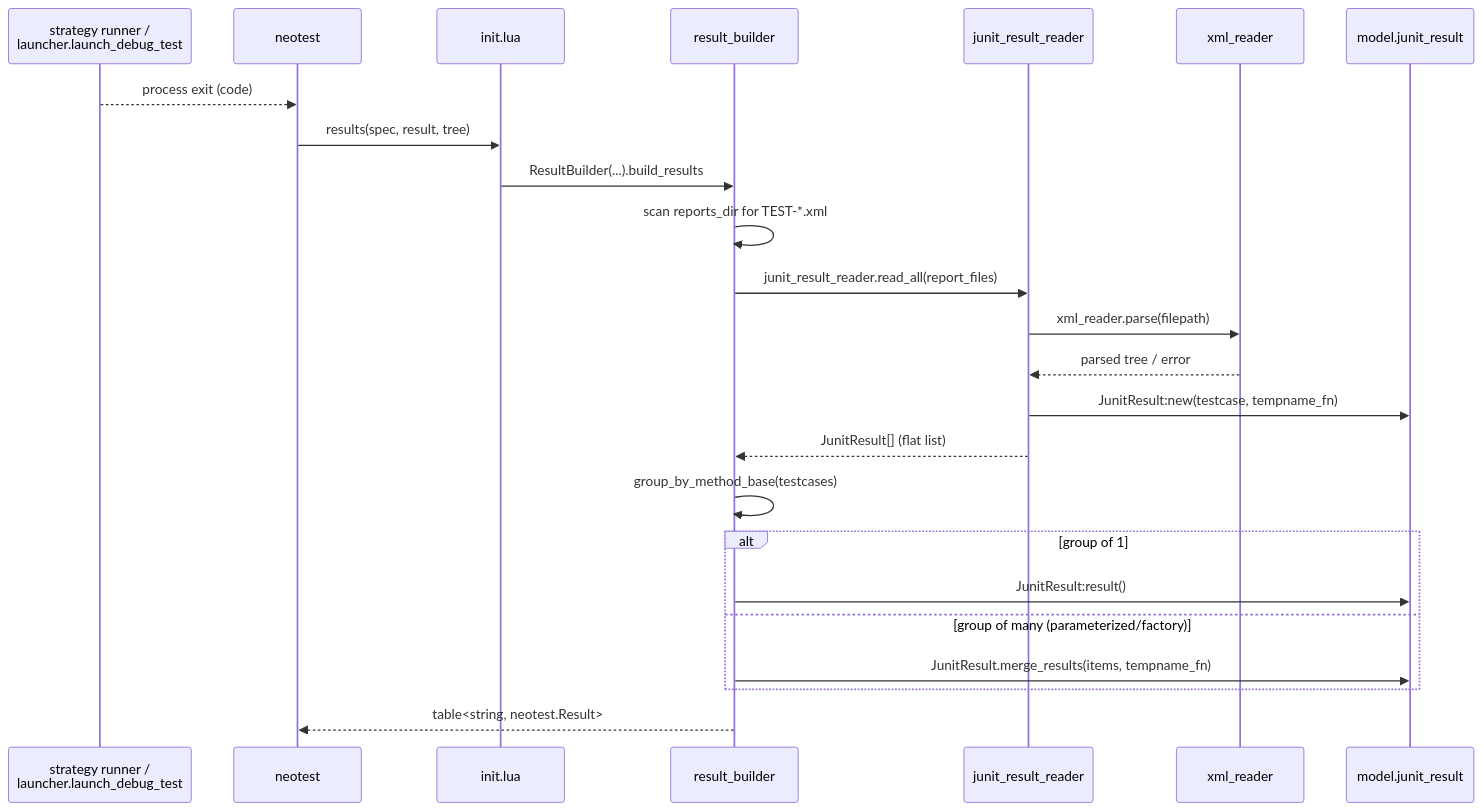
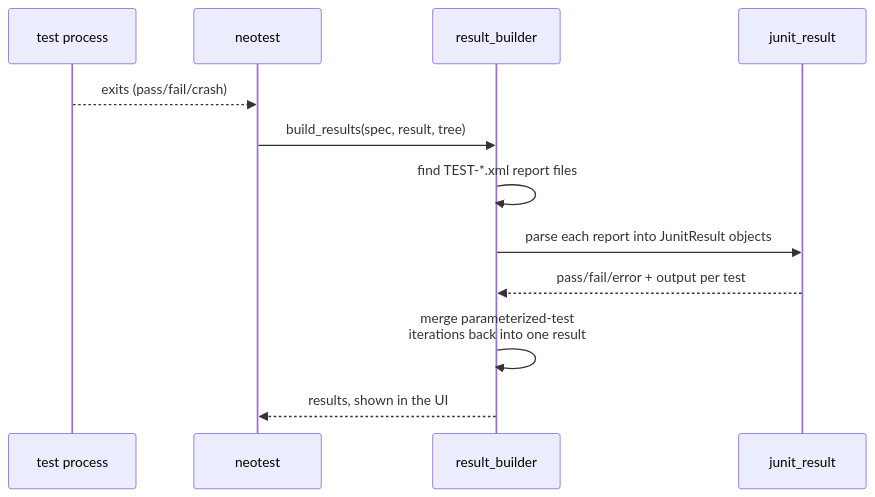
One commit to rcasia/neotest-java changed the third of 5 diagrams in ARCHITECTURE.md. Above: the diagram before and after it, drawn with Mermaid. The commit also changed other lines of this file, not shown here.

First line of the commit message:
docs: restructure ARCHITECTURE.md around flows, drop layering diagram

````diff
--- a/ARCHITECTURE.md
+++ b/ARCHITECTURE.md
@@ -281,27 +105,15 @@
 ```mermaid
 sequenceDiagram
-    participant strategy as strategy runner /<br/>launcher.launch_debug_test
+    participant process as test process
     participant neotest
-    participant init as init.lua
     participant rb as result_builder
-    participant jrr as junit_result_reader
-    participant xr as xml_reader
-    participant jr as model.junit_result
+    participant jr as junit_result
 
-    strategy-->>neotest: process exit (code)
-    neotest->>init: results(spec, result, tree)
-    init->>rb: ResultBuilder(...).build_results
-    rb->>rb: scan reports_dir for TEST-*.xml
-    rb->>jrr: junit_result_reader.read_all(report_files)
-    jrr->>xr: xml_reader.parse(filepath)
-    xr-->>jrr: parsed tree / error
-    jrr->>jr: JunitResult:new(testcase, tempname_fn)
-    jrr-->>rb: JunitResult[] (flat list)
-    rb->>rb: group_by_method_base(testcases)
-    alt group of 1
-        rb->>jr: JunitResult:result()
-    else group of many (parameterized/factory)
-        rb->>jr: JunitResult.merge_results(items, tempname_fn)
-    end
-    rb-->>neotest: table<string, neotest.Result>
+    process-->>neotest: exits (pass/fail/crash)
+    neotest->>rb: build_results(spec, result, tree)
+    rb->>rb: find TEST-*.xml report files
+    rb->>jr: parse each report into JunitResult objects
+    jr-->>rb: pass/fail/error + output per test
+    rb->>rb: merge parameterized-test<br/>iterations back into one result
+    rb-->>neotest: results, shown in the UI
 ```
````
